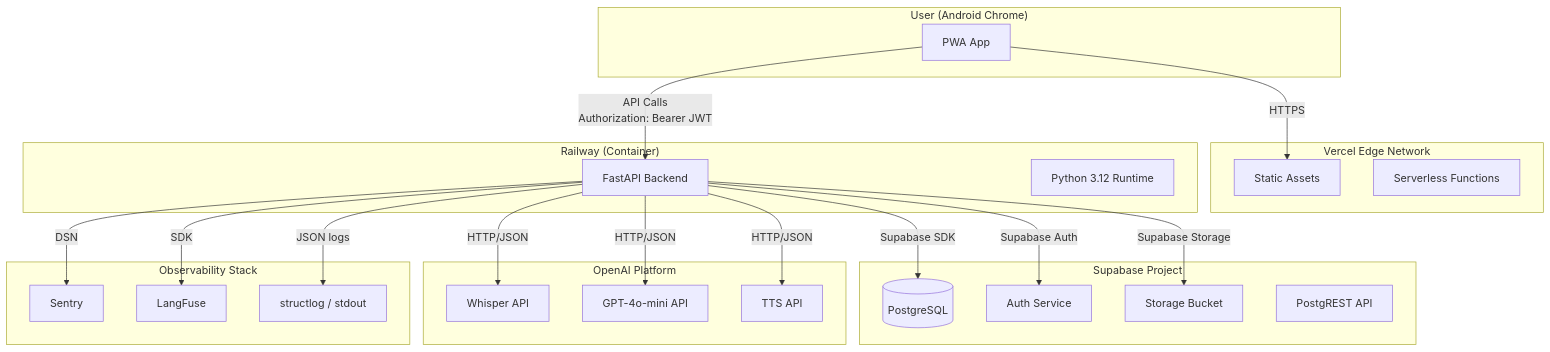
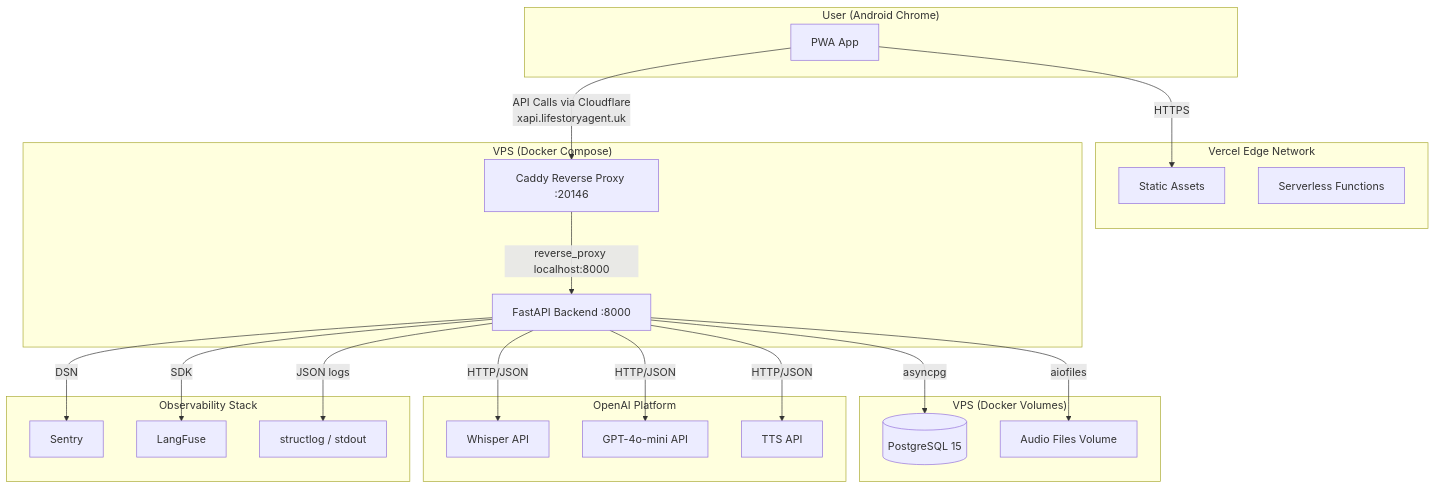
The seventh of 9 diagrams in docs/system-design.md (wszymilo/life-story-agent), drawn with Mermaid before and after one commit. The commit also changed other lines of this file and 72 other files, not shown here.

First line of the commit message:
Removal of Supabase and Railway (#104)

````diff
--- a/docs/system-design.md
+++ b/docs/system-design.md
@@ -475,47 +480,45 @@
 ```mermaid
 graph TB
     subgraph User["User (Android Chrome)"]
         A[PWA App]
     end
 
     subgraph Vercel["Vercel Edge Network"]
         B[Static Assets]
         C[Serverless Functions]
     end
 
-    subgraph Railway["Railway (Container)"]
-        D[FastAPI Backend]
-        E[Python 3.12 Runtime]
+    subgraph VPS["VPS (Docker Compose)"]
+        D[Caddy Reverse Proxy :20146]
+        E[FastAPI Backend :8000]
     end
 
-    subgraph Supabase["Supabase Project"]
-        F[(PostgreSQL)]
-        G[Auth Service]
-        H[Storage Bucket]
-        I[PostgREST API]
+    subgraph VPS_Data["VPS (Docker Volumes)"]
+        F[(PostgreSQL 15)]
+        G[Audio Files Volume]
     end
 
     subgraph OpenAI["OpenAI Platform"]
         J[Whisper API]
         K[GPT-4o-mini API]
         L[TTS API]
     end
 
     subgraph Observability["Observability Stack"]
         M[Sentry]
         N[LangFuse]
         O[structlog / stdout]
     end
 
     A -->|HTTPS| B
-    A -->|API Calls<br/>Authorization: Bearer JWT| D
-    D -->|Supabase SDK| F
-    D -->|Supabase Auth| G
-    D -->|Supabase Storage| H
-    D -->|HTTP/JSON| J
-    D -->|HTTP/JSON| K
-    D -->|HTTP/JSON| L
-    D -->|DSN| M
-    D -->|SDK| N
-    D -->|JSON logs| O
+    A -->|API Calls via Cloudflare<br/>xapi.lifestoryagent.uk| D
+    D -->|reverse_proxy localhost:8000| E
+    E -->|asyncpg| F
+    E -->|aiofiles| G
+    E -->|HTTP/JSON| J
+    E -->|HTTP/JSON| K
+    E -->|HTTP/JSON| L
+    E -->|DSN| M
+    E -->|SDK| N
+    E -->|JSON logs| O
 ```
````
